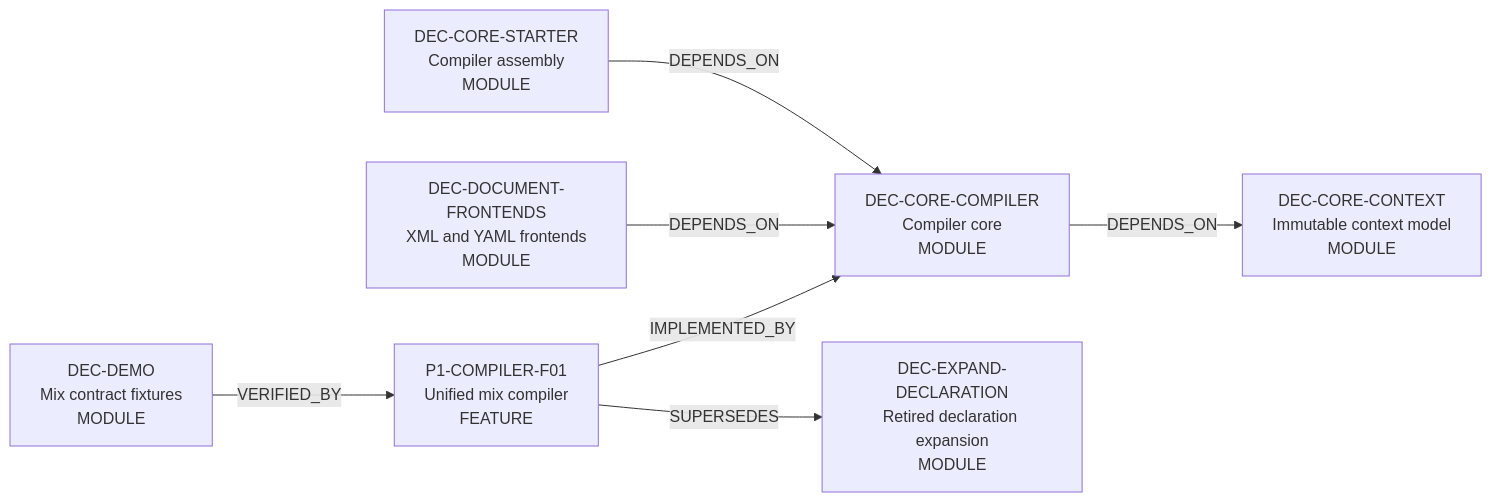
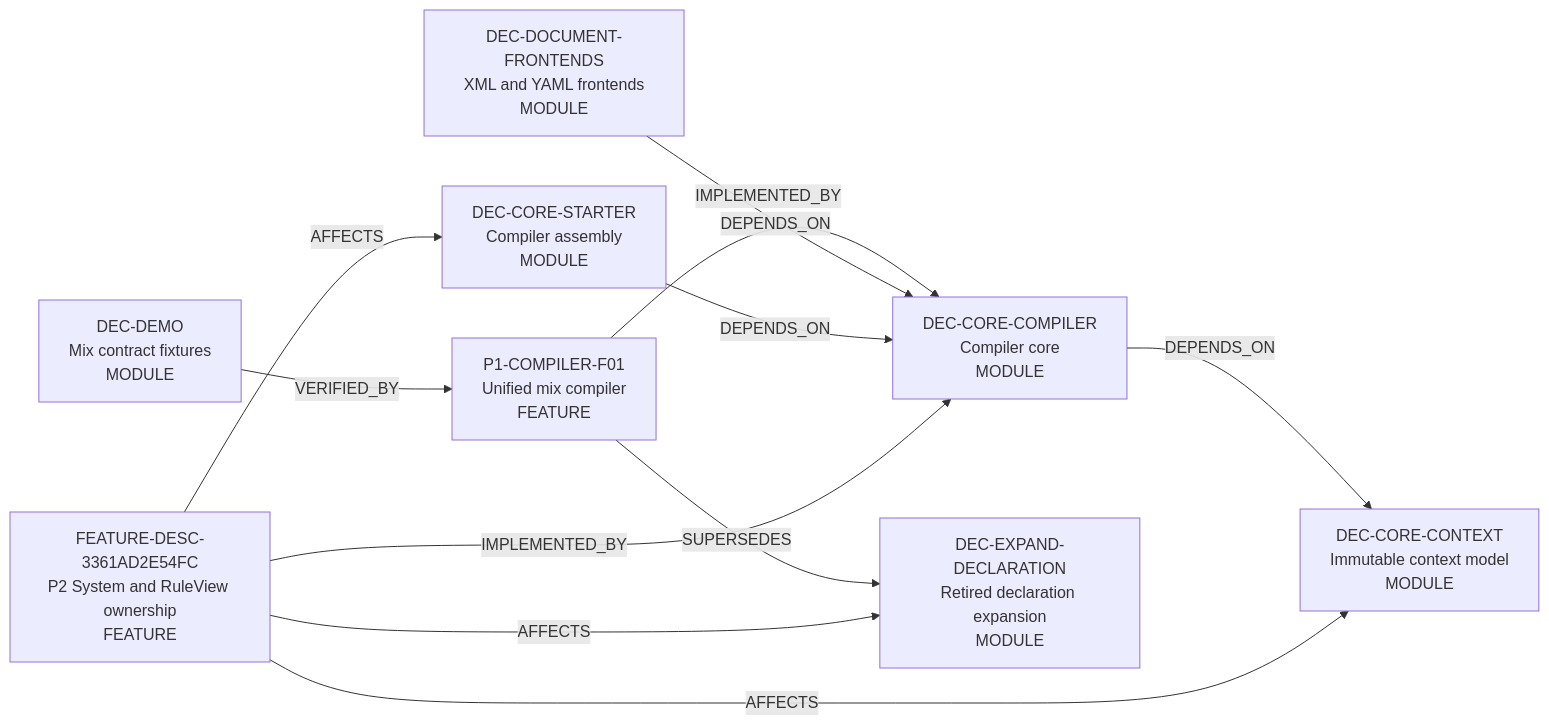
One commit to szlwin/doc-eq-code-Dgremlin changed the first of 3 diagrams in project_doc/docs/_relations/dependency_graph.md. Above: the diagram before and after it, drawn with Mermaid. The commit also changed other lines of this file and 87 other files, not shown here.

````diff
--- a/project_doc/docs/_relations/dependency_graph.md
+++ b/project_doc/docs/_relations/dependency_graph.md
@@ -18,16 +18,21 @@
 ```mermaid
 flowchart LR
   N_e8a76389cb["DEC-CORE-COMPILER<br/>Compiler core<br/>MODULE"]
   N_b036b6fcc7["DEC-CORE-CONTEXT<br/>Immutable context model<br/>MODULE"]
   N_f83b77a954["DEC-CORE-STARTER<br/>Compiler assembly<br/>MODULE"]
   N_79a9f6a861["DEC-DEMO<br/>Mix contract fixtures<br/>MODULE"]
   N_4e6a47ef32["DEC-DOCUMENT-FRONTENDS<br/>XML and YAML frontends<br/>MODULE"]
   N_db4539e543["DEC-EXPAND-DECLARATION<br/>Retired declaration expansion<br/>MODULE"]
+  N_4bb6608ca0["FEATURE-DESC-3361AD2E54FC<br/>P2 System and RuleView ownership<br/>FEATURE"]
   N_f27d079467["P1-COMPILER-F01<br/>Unified mix compiler<br/>FEATURE"]
   N_f27d079467 -->|"IMPLEMENTED_BY"| N_e8a76389cb
   N_e8a76389cb -->|"DEPENDS_ON"| N_b036b6fcc7
   N_4e6a47ef32 -->|"DEPENDS_ON"| N_e8a76389cb
   N_f83b77a954 -->|"DEPENDS_ON"| N_e8a76389cb
   N_79a9f6a861 -->|"VERIFIED_BY"| N_f27d079467
   N_f27d079467 -->|"SUPERSEDES"| N_db4539e543
+  N_4bb6608ca0 -->|"IMPLEMENTED_BY"| N_e8a76389cb
+  N_4bb6608ca0 -->|"AFFECTS"| N_b036b6fcc7
+  N_4bb6608ca0 -->|"AFFECTS"| N_f83b77a954
+  N_4bb6608ca0 -->|"AFFECTS"| N_db4539e543
 ```
````
